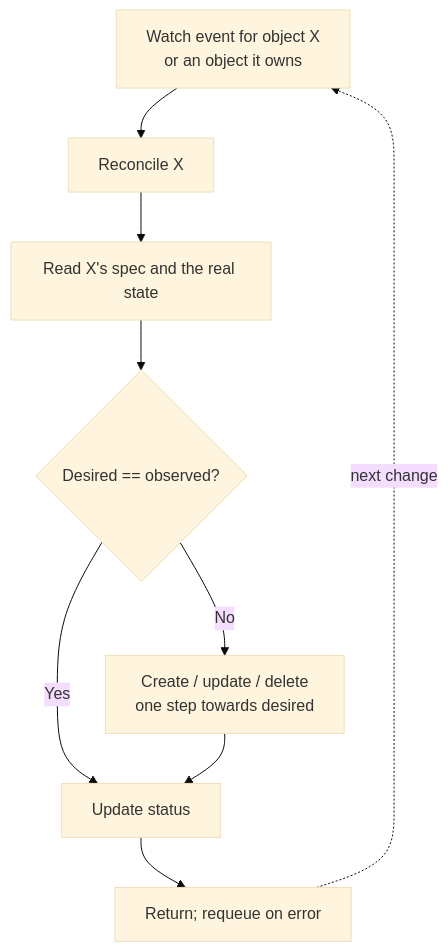
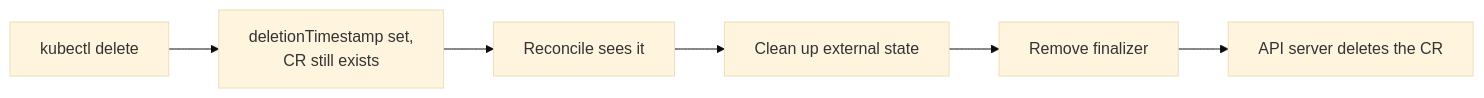
Before and after one commit to foyez/dbaas-platform: the second of 3 diagrams in docs/notes/operators.md, drawn with Mermaid (base theme). The commit also changed other lines of this file and 1 other file, not shown here.

````diff
--- a/docs/notes/operators.md
+++ b/docs/notes/operators.md
@@ -20,11 +115,8 @@
 ```mermaid
-flowchart TD
-    W[Watch event for object X<br/>or an object it owns] --> R[Reconcile X]
-    R --> Read[Read X's spec and the real state]
-    Read --> D{Desired == observed?}
-    D -->|Yes| S[Update status]
-    D -->|No| A[Create / update / delete<br/>one step towards desired]
-    A --> S
-    S --> Done[Return; requeue on error]
-    Done -.->|next change| W
+flowchart LR
+    D[kubectl delete] --> T[deletionTimestamp set,<br/>CR still exists]
+    T --> R[Reconcile sees it]
+    R --> C[Clean up external state]
+    C --> F[Remove finalizer]
+    F --> G[API server deletes the CR]
 ```
````
